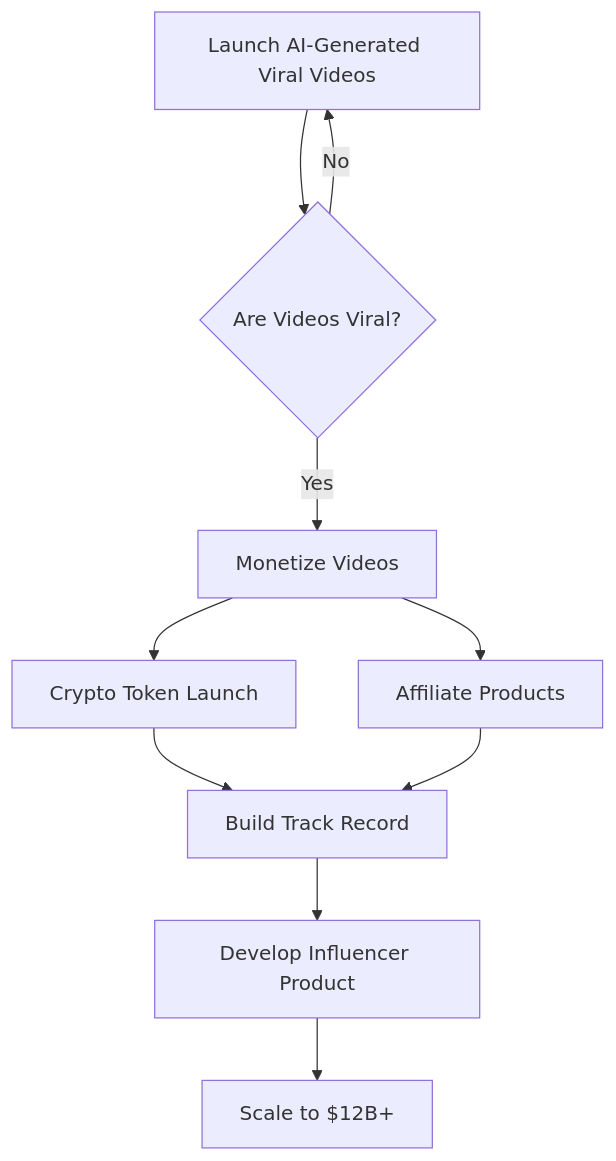
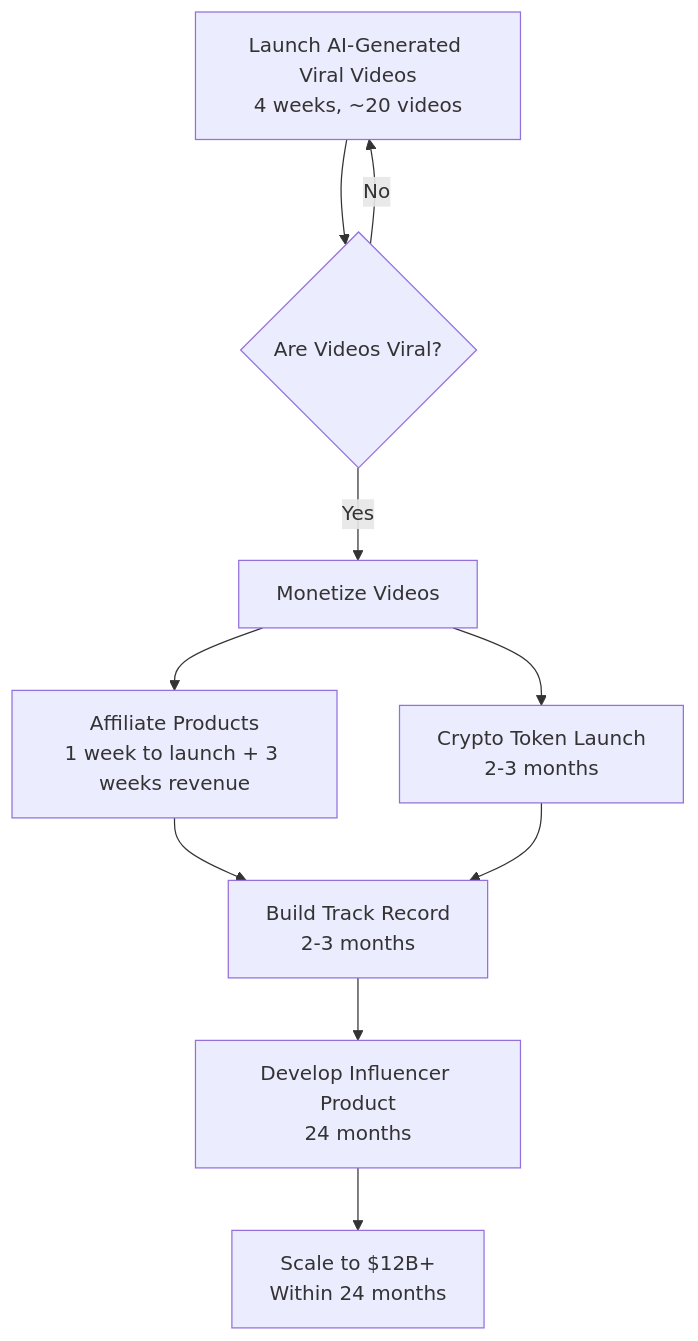
Before and after one commit to deepbrainspace/deepbrain-stack: the diagram in projects/peacepigeons.md, drawn with Mermaid. The commit also changed other lines of this file, not shown here.

````diff
--- a/projects/peacepigeons.md
+++ b/projects/peacepigeons.md
@@ -4,12 +3,12 @@
 ```mermaid
 graph TD
-    A[Launch AI-Generated Viral Videos] --> B{Are Videos Viral?}
+    A[Launch AI-Generated Viral Videos<br>4 weeks, ~20 videos] --> B{Are Videos Viral?}
     B -->|No| A
     B -->|Yes| C[Monetize Videos]
-    C --> D[Crypto Token Launch]
-    C --> E[Affiliate Products]
-    D --> F[Build Track Record]
+    C --> D[Affiliate Products<br>1 week to launch + 3 weeks revenue]
+    C --> E[Crypto Token Launch<br>2-3 months]
+    D --> F[Build Track Record<br>2-3 months]
     E --> F
-    F --> G[Develop Influencer Product]
-    G --> H[Scale to $12B+]
+    F --> G[Develop Influencer Product<br>24 months]
+    G --> H[Scale to $12B+<br>Within 24 months]
 ```
````
